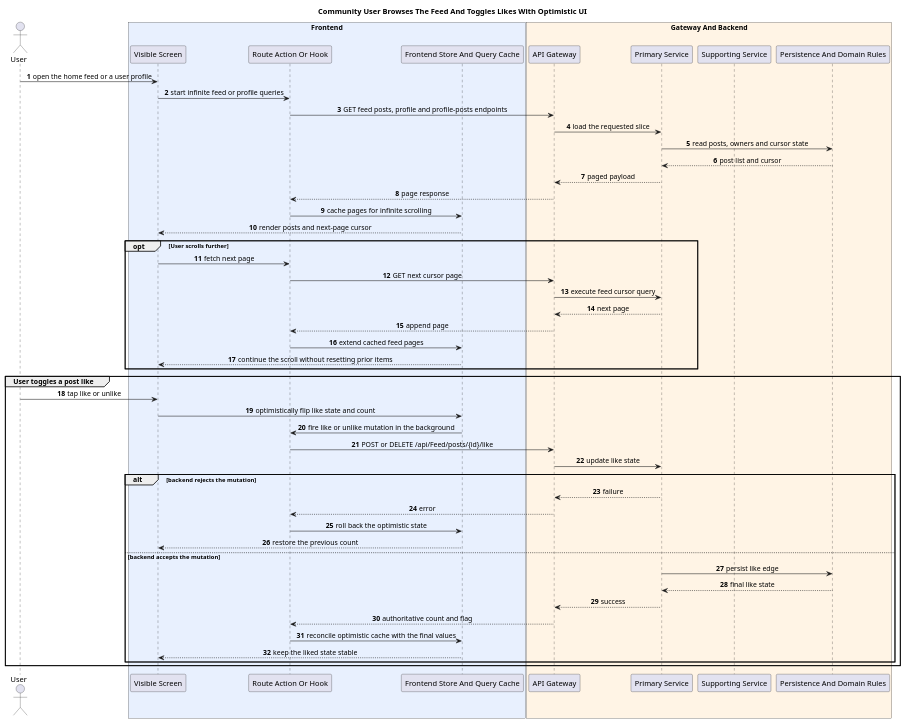
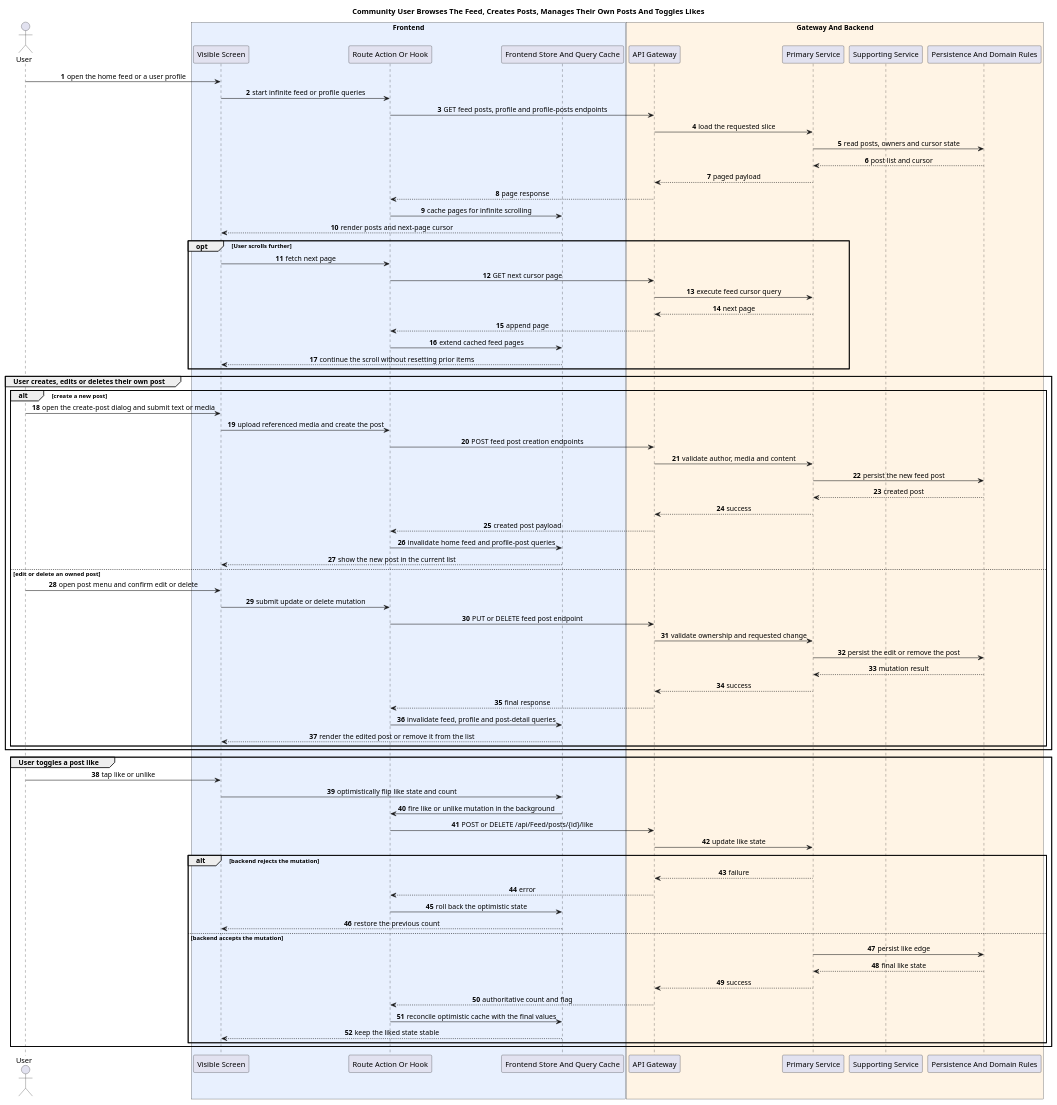
One commit to VKev/MeAI-BE changed the second of 2 diagrams in plantuml/features/social-platform-feed-browsing-and-like-toggle.puml. Above: the diagram before and after it, drawn with PlantUML. The commit also changed other lines of this file and 9 other files, not shown here.

```diff
--- a/plantuml/features/social-platform-feed-browsing-and-like-toggle.puml
+++ b/plantuml/features/social-platform-feed-browsing-and-like-toggle.puml
@@ -71,58 +71,83 @@
 @startuml
-title Community User Browses The Feed And Toggles Likes With Optimistic UI
+title Community User Browses The Feed, Creates Posts, Manages Their Own Posts And Toggles Likes
 autonumber
 skinparam shadowing false
 skinparam sequenceMessageAlign center
 actor User
 box "Frontend" #E8F0FE
 participant "Visible Screen" as Screen
 participant "Route Action Or Hook" as Hook
 participant "Frontend Store And Query Cache" as Store
 end box
 box "Gateway And Backend" #FFF4E5
 participant "API Gateway" as Gateway
 participant "Primary Service" as PrimaryService
 participant "Supporting Service" as SupportingService
 participant "Persistence And Domain Rules" as DomainLayer
 end box
 
 User -> Screen : open the home feed or a user profile
 Screen -> Hook : start infinite feed or profile queries
 Hook -> Gateway : GET feed posts, profile and profile-posts endpoints
 Gateway -> PrimaryService : load the requested slice
 PrimaryService -> DomainLayer : read posts, owners and cursor state
 DomainLayer --> PrimaryService : post list and cursor
 PrimaryService --> Gateway : paged payload
 Gateway --> Hook : page response
 Hook -> Store : cache pages for infinite scrolling
 Store --> Screen : render posts and next-page cursor
 opt User scrolls further
   Screen -> Hook : fetch next page
   Hook -> Gateway : GET next cursor page
   Gateway -> PrimaryService : execute feed cursor query
   PrimaryService --> Gateway : next page
   Gateway --> Hook : append page
   Hook -> Store : extend cached feed pages
   Store --> Screen : continue the scroll without resetting prior items
 end
+group User creates, edits or deletes their own post
+  alt create a new post
+    User -> Screen : open the create-post dialog and submit text or media
+    Screen -> Hook : upload referenced media and create the post
+    Hook -> Gateway : POST feed post creation endpoints
+    Gateway -> PrimaryService : validate author, media and content
+    PrimaryService -> DomainLayer : persist the new feed post
+    DomainLayer --> PrimaryService : created post
+    PrimaryService --> Gateway : success
+    Gateway --> Hook : created post payload
+    Hook -> Store : invalidate home feed and profile-post queries
+    Store --> Screen : show the new post in the current list
+  else edit or delete an owned post
+    User -> Screen : open post menu and confirm edit or delete
+    Screen -> Hook : submit update or delete mutation
+    Hook -> Gateway : PUT or DELETE feed post endpoint
+    Gateway -> PrimaryService : validate ownership and requested change
+    PrimaryService -> DomainLayer : persist the edit or remove the post
+    DomainLayer --> PrimaryService : mutation result
+    PrimaryService --> Gateway : success
+    Gateway --> Hook : final response
+    Hook -> Store : invalidate feed, profile and post-detail queries
+    Store --> Screen : render the edited post or remove it from the list
+  end
+end
 group User toggles a post like
   User -> Screen : tap like or unlike
   Screen -> Store : optimistically flip like state and count
   Store -> Hook : fire like or unlike mutation in the background
   Hook -> Gateway : POST or DELETE /api/Feed/posts/{id}/like
   Gateway -> PrimaryService : update like state
   alt backend rejects the mutation
     PrimaryService --> Gateway : failure
     Gateway --> Hook : error
     Hook -> Store : roll back the optimistic state
     Store --> Screen : restore the previous count
   else backend accepts the mutation
     PrimaryService -> DomainLayer : persist like edge
     DomainLayer --> PrimaryService : final like state
     PrimaryService --> Gateway : success
     Gateway --> Hook : authoritative count and flag
     Hook -> Store : reconcile optimistic cache with the final values
     Store --> Screen : keep the liked state stable
   end
 end
 @enduml
```
